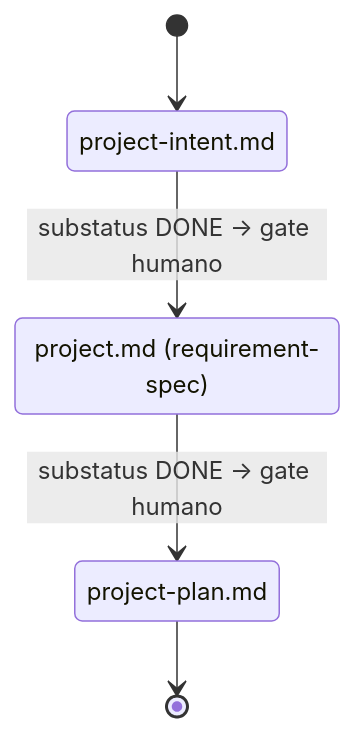
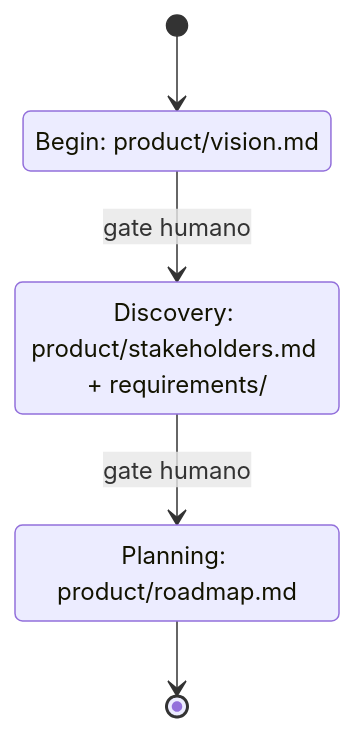
One commit to dariopalminio/agile-sddf changed the second of 3 diagrams in docs/architecture/state-machine.md. Above: the diagram before and after it, drawn with Mermaid. The commit also changed other lines of this file and 31 other files, not shown here.

````diff
--- a/docs/architecture/state-machine.md
+++ b/docs/architecture/state-machine.md
@@ -116,11 +116,10 @@
 ```mermaid
 stateDiagram-v2
-    [*] --> PI
-    PI --> P : substatus DONE → gate humano
-    P --> PP : substatus DONE → gate humano
-    PP --> [*]
-
-    state "project-intent.md" as PI
-    state "project.md (requirement-spec)" as P
-    state "project-plan.md" as PP
+    [*] --> B
+    B --> D : gate humano
+    D --> P : gate humano
+    P --> [*]
+    state "Begin: product/vision.md" as B
+    state "Discovery: product/stakeholders.md + requirements/" as D
+    state "Planning: product/roadmap.md" as P
 ```
````
